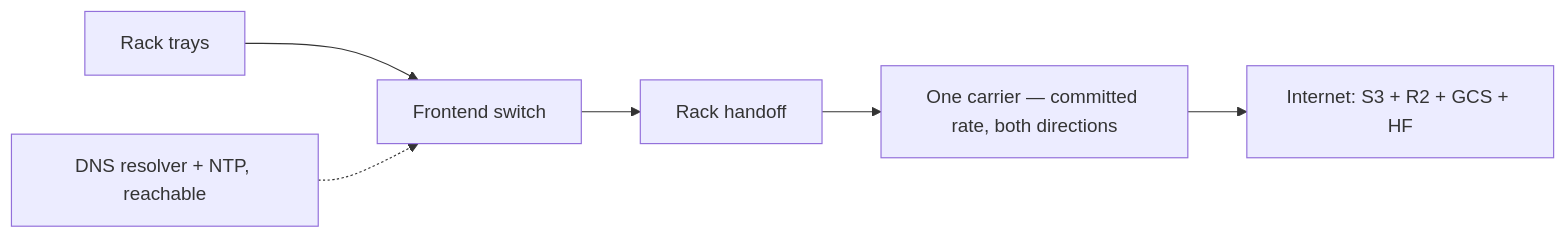
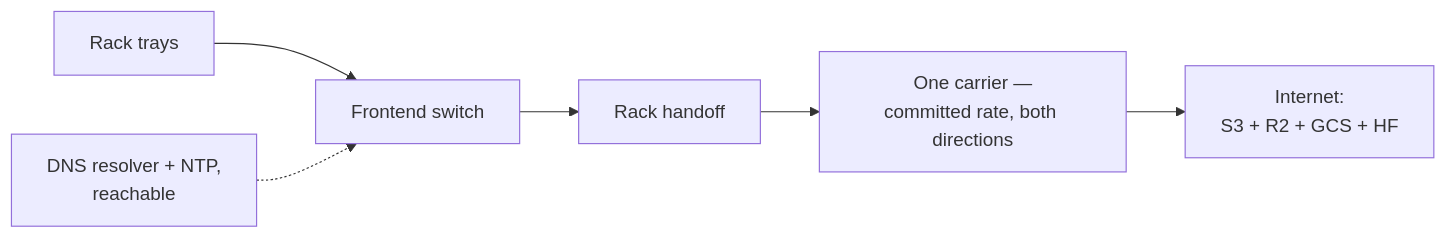
Before and after one commit to aviralmansingka/rack-bench: the third of 3 diagrams in docs/customer/internet-bench.md, drawn with Mermaid. The commit also changed other lines of this file and 6 other files, not shown here.

First line of the commit message:
docs(customer): redo mermaid diagrams to family style

````diff
--- a/docs/customer/internet-bench.md
+++ b/docs/customer/internet-bench.md
@@ -427,7 +436,7 @@
 ```mermaid
 flowchart LR
     T["Rack trays"] --> FS["Frontend switch"] --> HO["Rack handoff"]
-    HO --> C["One carrier — committed rate, both directions"]
-    C --> N["Internet: S3 + R2 + GCS + HF"]
-    S["DNS resolver + NTP, reachable"] -.-> FS
+    HO --> C["One carrier —<br/>committed rate, both directions"]
+    C --> N["Internet:<br/>S3 + R2 + GCS + HF"]
+    S["DNS resolver + NTP,<br/>reachable"] -.-> FS
 ```
````
